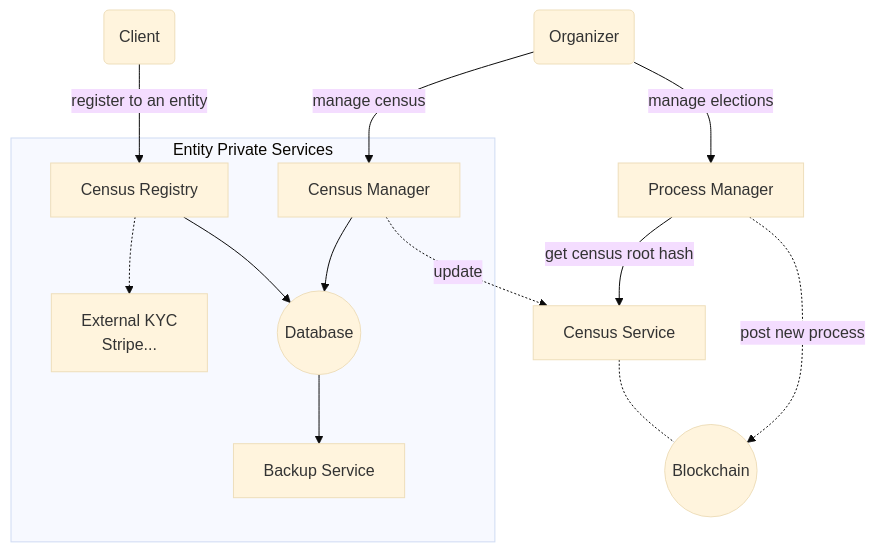
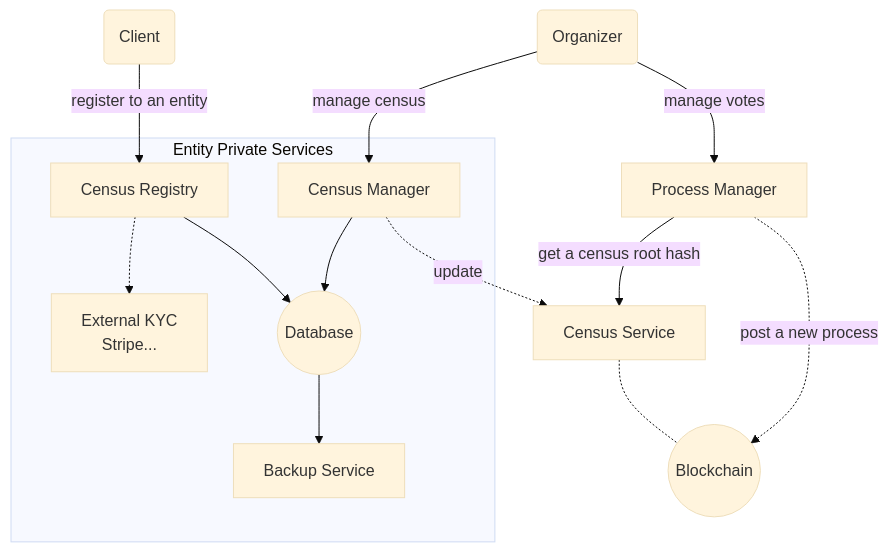
One commit to vocdoni/docs changed the diagram in docs/protocol/architecture.md. Above: the diagram before and after it, drawn with Mermaid (base theme). The commit also changed other lines of this file and 3 other files, not shown here.

````diff
--- a/docs/protocol/architecture.md
+++ b/docs/protocol/architecture.md
@@ -62,19 +66,19 @@
 ```mermaid
 graph TD;
 
 OR(Organizer)-- manage census -->CM
-OR-->|manage elections|PR[Process Manager]
+OR-->|manage votes|PM[Process Manager]
 
 subgraph Entity Private Services
 	CR-.->S["External KYC<br/>Stripe..."]
 	CR[Census Registry]-->DB
 	CM[Census Manager]-->DB((Database))
 	DB-->BCK[Backup Service]
 end
 
 CL(Client)-- register to an entity -->CR
 CM-.->|update|CS[Census Service]
 CS-.-BL((Blockchain))
-PR-->|get census root hash|CS
-PR-.->|post new process|BL
+PM-->|get a census root hash|CS
+PM-.->|post a new process|BL
 ```
````
